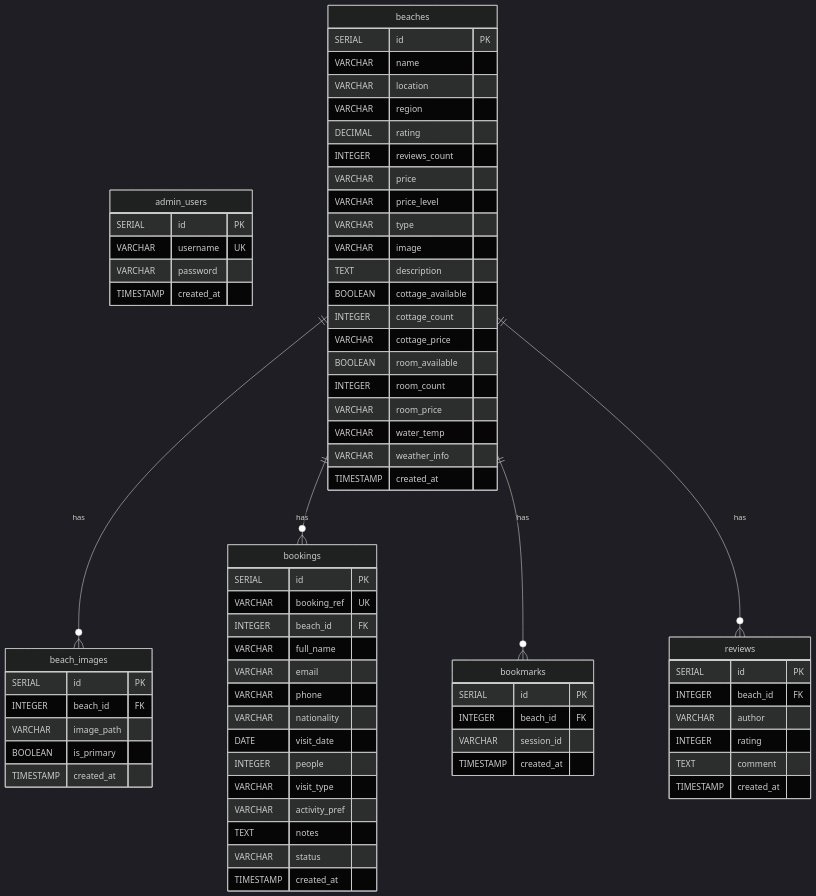
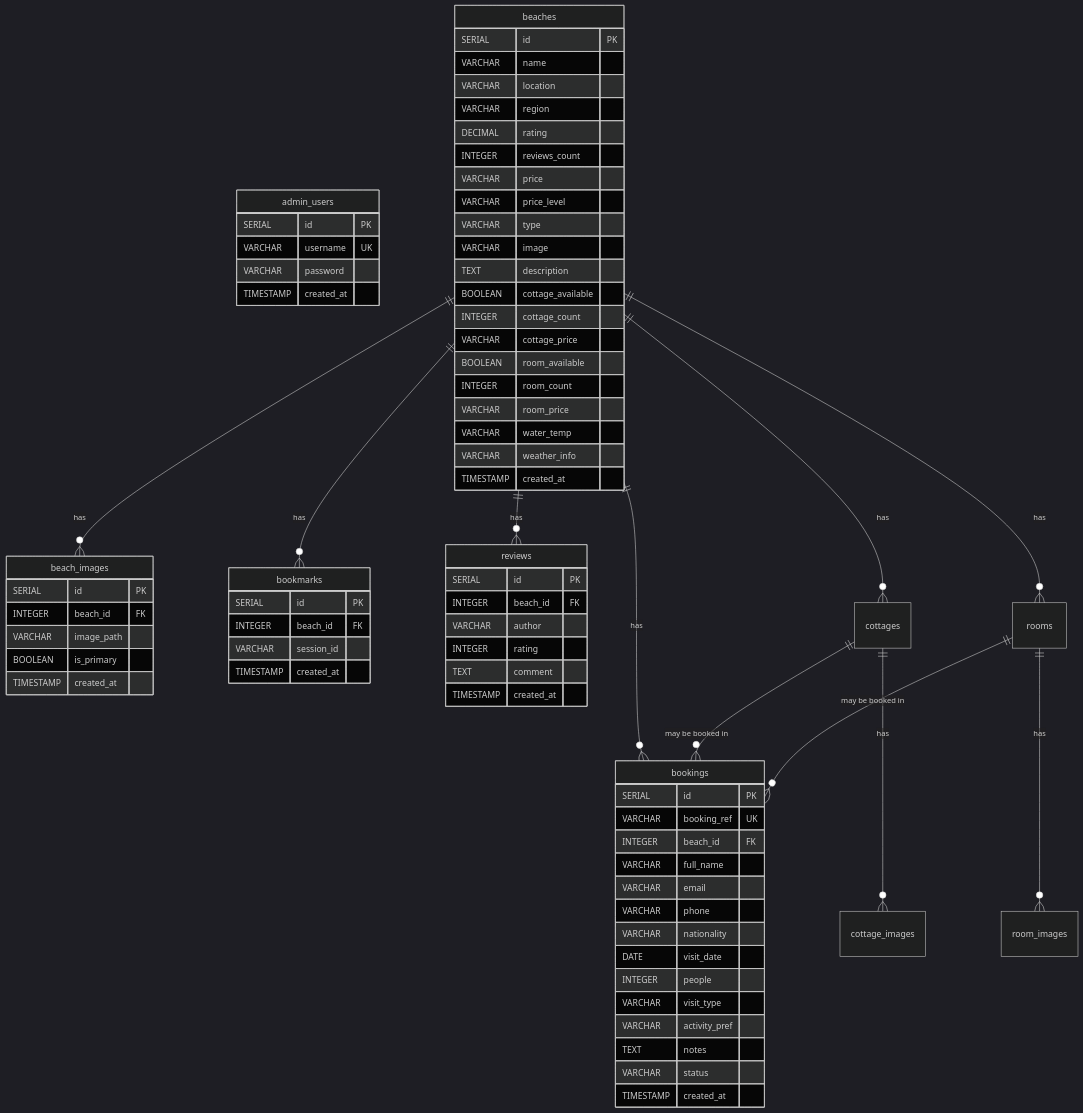
Before and after one commit to vanramones/Allenshores-Ph-: the diagram in DATABASE_README.md, drawn with Mermaid (dark theme). The commit also changed other lines of this file and 27 other files, not shown here.

First line of the commit message:
Add cottage and room booking system with image management

````diff
--- a/DATABASE_README.md
+++ b/DATABASE_README.md
@@ -607,4 +533,10 @@
     beaches ||--o{ bookings : "has"
     beaches ||--o{ bookmarks : "has"
     beaches ||--o{ reviews : "has"
+    beaches ||--o{ cottages : "has"
+    beaches ||--o{ rooms : "has"
+    cottages ||--o{ cottage_images : "has"
+    rooms ||--o{ room_images : "has"
+    cottages ||--o{ bookings : "may be booked in"
+    rooms ||--o{ bookings : "may be booked in"
 ```
````
